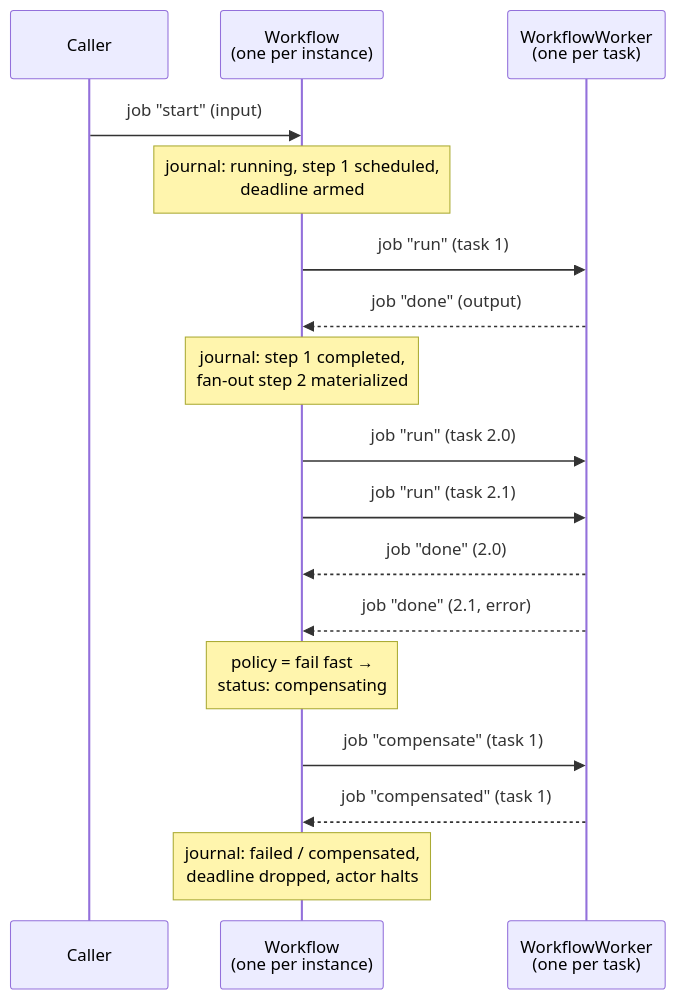
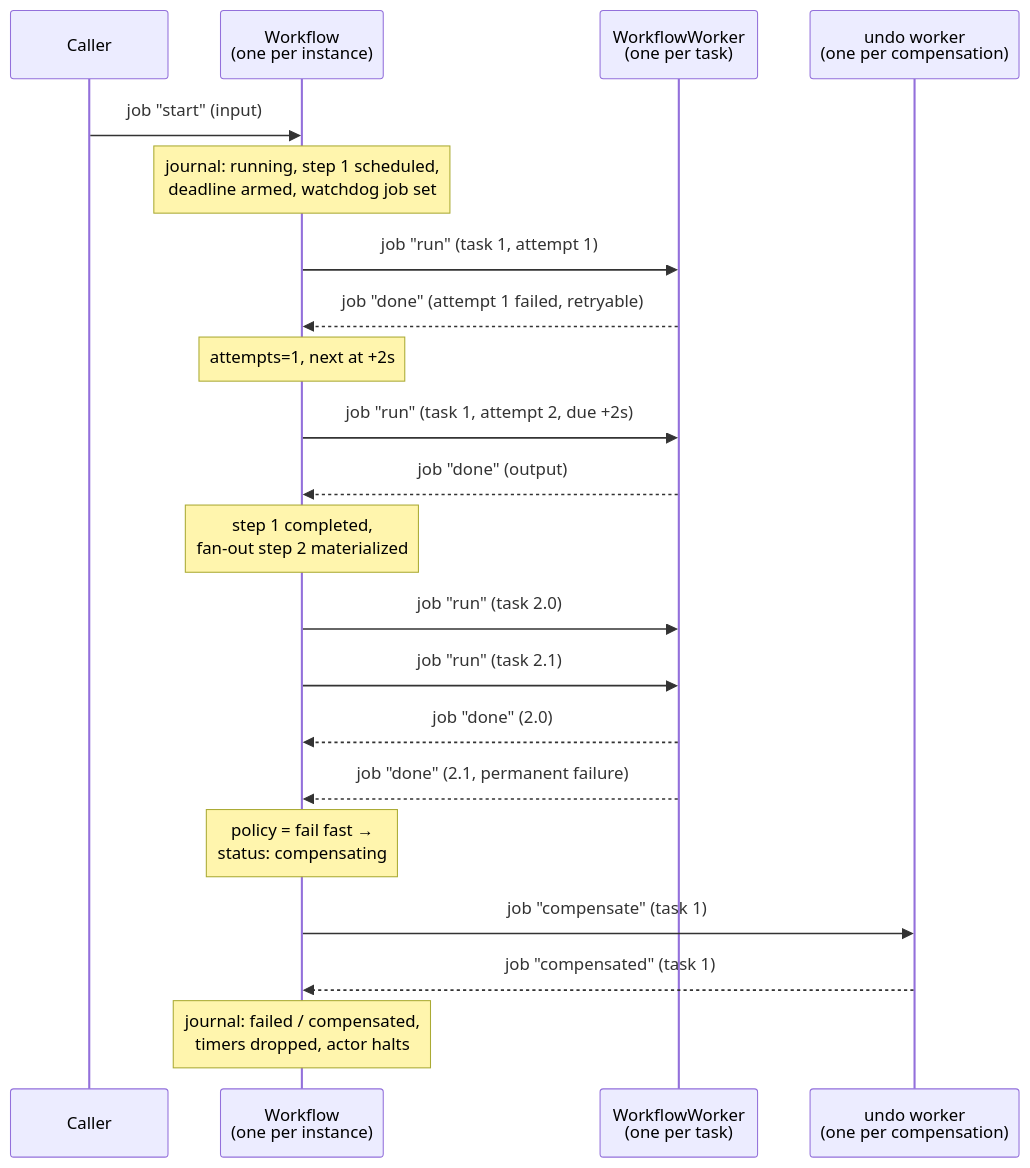
Before and after one commit to ItalyPaleAle/francis: the first of 2 diagrams in design/workflows.md, drawn with Mermaid. The commit also changed other lines of this file, not shown here.

````diff
--- a/design/workflows.md
+++ b/design/workflows.md
@@ -406,20 +458,24 @@
 ```mermaid
 sequenceDiagram
     participant C as Caller
     participant W as Workflow<br/>(one per instance)
     participant K as WorkflowWorker<br/>(one per task)
+    participant U as undo worker<br/>(one per compensation)
 
     C->>W: job "start" (input)
-    Note over W: journal: running, step 1 scheduled,<br/>deadline armed
-    W->>K: job "run" (task 1)
+    Note over W: journal: running, step 1 scheduled,<br/>deadline armed, watchdog job set
+    W->>K: job "run" (task 1, attempt 1)
+    K-->>W: job "done" (attempt 1 failed, retryable)
+    Note over W: attempts=1, next at +2s
+    W->>K: job "run" (task 1, attempt 2, due +2s)
     K-->>W: job "done" (output)
-    Note over W: journal: step 1 completed,<br/>fan-out step 2 materialized
+    Note over W: step 1 completed,<br/>fan-out step 2 materialized
     W->>K: job "run" (task 2.0)
     W->>K: job "run" (task 2.1)
     K-->>W: job "done" (2.0)
-    K-->>W: job "done" (2.1, error)
+    K-->>W: job "done" (2.1, permanent failure)
     Note over W: policy = fail fast →<br/>status: compensating
-    W->>K: job "compensate" (task 1)
-    K-->>W: job "compensated" (task 1)
-    Note over W: journal: failed / compensated,<br/>deadline dropped, actor halts
+    W->>U: job "compensate" (task 1)
+    U-->>W: job "compensated" (task 1)
+    Note over W: journal: failed / compensated,<br/>timers dropped, actor halts
 ```
````
